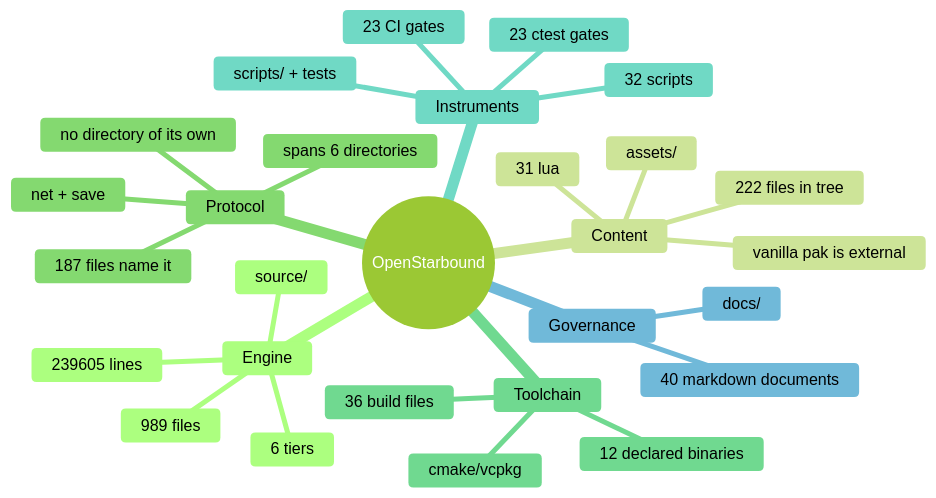
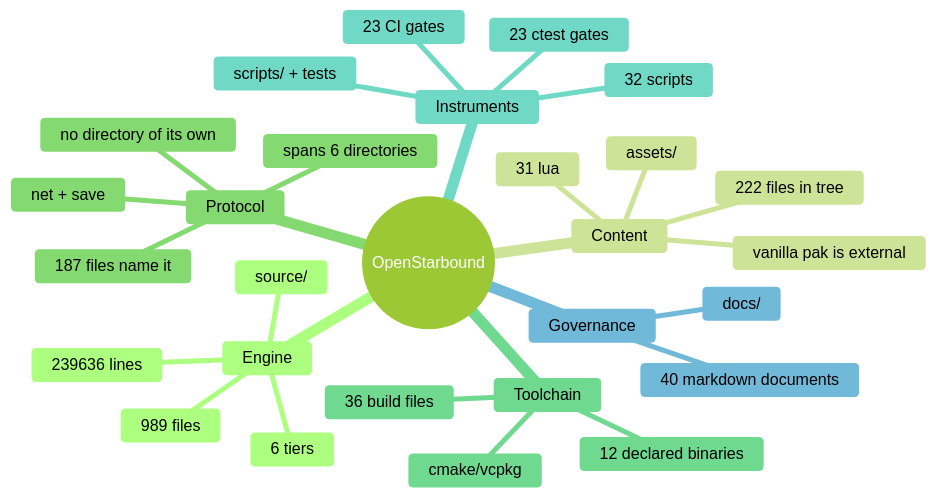
One commit to apnex/OpenStarbound changed the second of 11 diagrams in docs/architecture/system-boundaries.md. Above: the diagram before and after it, drawn with Mermaid (forest theme). The commit also changed other lines of this file and 1 other file, not shown here.

````diff
--- a/docs/architecture/system-boundaries.md
+++ b/docs/architecture/system-boundaries.md
@@ -166,31 +166,31 @@
 ```mermaid
 mindmap
   root((OpenStarbound))
     Engine
       source/
       989 files
-      239605 lines
+      239636 lines
       6 tiers
     Content
       assets/
       222 files in tree
       31 lua
       vanilla pak is external
     Protocol
       net + save
       187 files name it
       spans 6 directories
       no directory of its own
     Toolchain
       cmake/vcpkg
       36 build files
       12 declared binaries
     Instruments
       scripts/ + tests
       32 scripts
       23 ctest gates
       23 CI gates
     Governance
       docs/
       40 markdown documents
 ```
````
